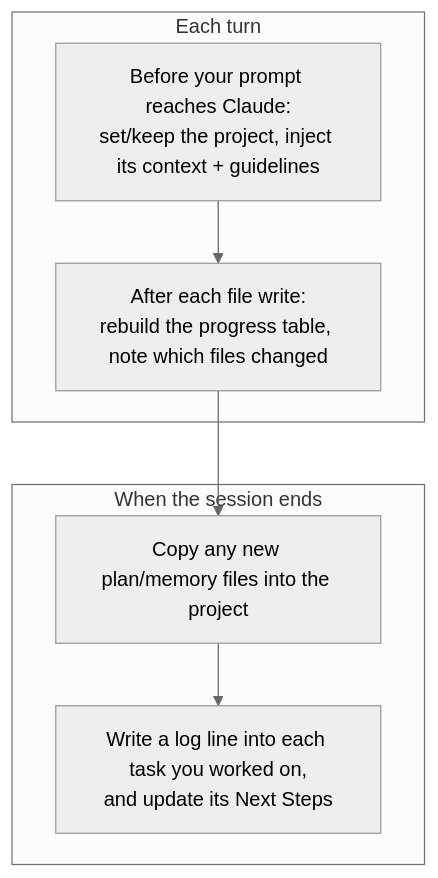
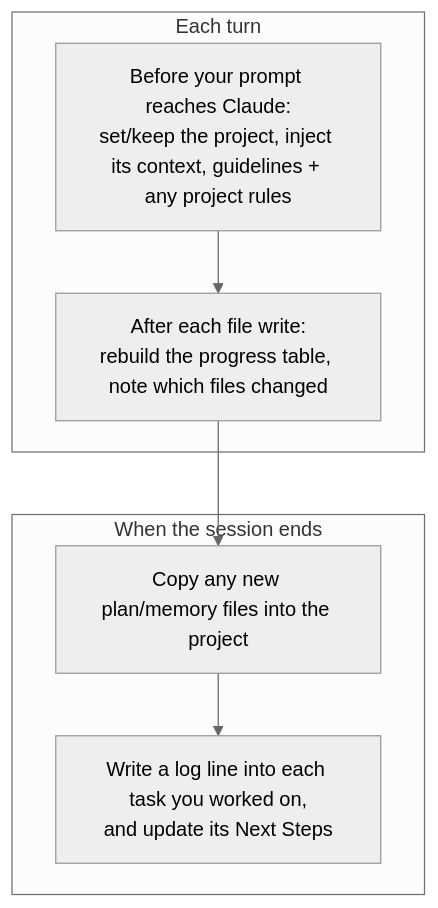
The seventh of 7 diagrams in plugins/taskflow/USER_GUIDE.md (gigamori/ai-agent-toolkit), drawn with Mermaid (neutral theme) before and after one commit. The commit also changed other lines of this file and 8 other files, not shown here.

First line of the commit message:
feat(taskflow): add per-project rules.md injection

````diff
--- a/plugins/taskflow/USER_GUIDE.md
+++ b/plugins/taskflow/USER_GUIDE.md
@@ -234,12 +234,12 @@
 ```mermaid
 flowchart TD
     subgraph turn["Each turn"]
-        A["Before your prompt reaches Claude:<br/>set/keep the project, inject its context + guidelines"]
+        A["Before your prompt reaches Claude:<br/>set/keep the project, inject its context, guidelines + any project rules"]
         B["After each file write:<br/>rebuild the progress table, note which files changed"]
     end
     subgraph end_["When the session ends"]
         C["Copy any new plan/memory files into the project"]
         D["Write a log line into each task you worked on,<br/>and update its Next Steps"]
     end
     A --> B --> C --> D
 ```
````
